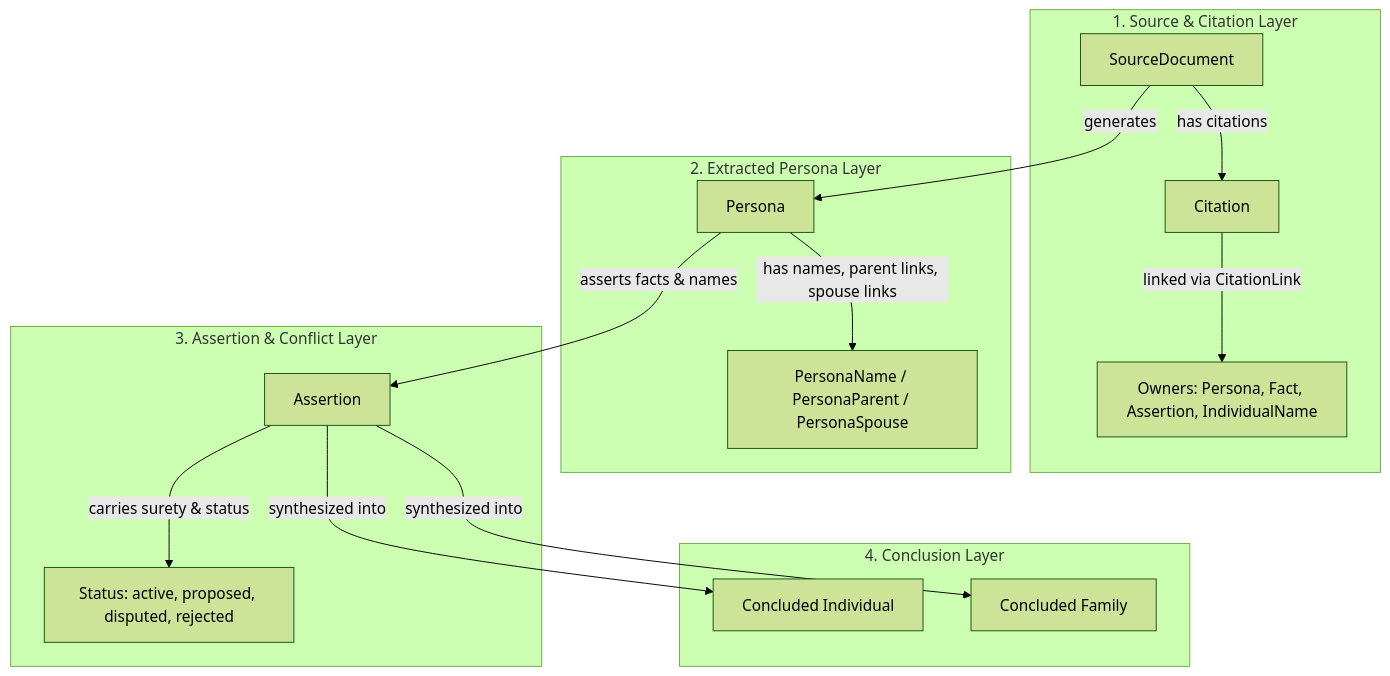
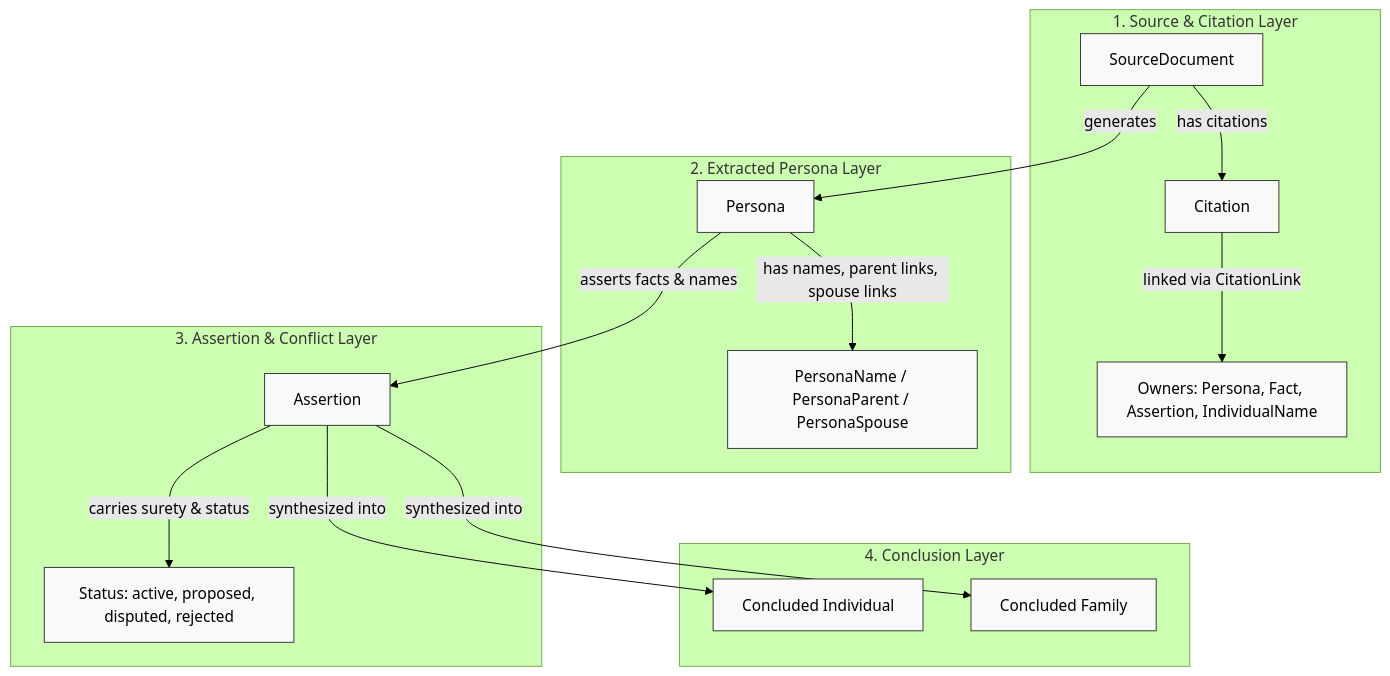
The first of 2 diagrams in openwiki/concepts/evidence-first-philosophy.md (alerum68/Theogony), drawn with Mermaid (forest theme) before and after one commit. The commit also changed other lines of this file and 10 other files, not shown here.

````diff
--- a/openwiki/concepts/evidence-first-philosophy.md
+++ b/openwiki/concepts/evidence-first-philosophy.md
@@ -44,22 +47,23 @@
 ```mermaid
 graph TD
     subgraph Sources ["1. Source & Citation Layer"]
         SD[SourceDocument] -->|has citations| Cit[Citation]
         Cit -->|linked via CitationLink| CL[Owners: Persona, Fact, Assertion, IndividualName]
     end
 
     subgraph Personas ["2. Extracted Persona Layer"]
         SD -->|generates| P[Persona]
         P -->|has names, parent links, spouse links| PN[PersonaName / PersonaParent / PersonaSpouse]
     end
 
     subgraph Assertions ["3. Assertion & Conflict Layer"]
         P -->|asserts facts & names| Ass[Assertion]
         Ass -->|carries surety & status| Status[Status: active, proposed, disputed, rejected]
     end
 
     subgraph Conclusions ["4. Conclusion Layer"]
+    classDef default fill:#f9f9f9,stroke:#333,stroke-width:1px;
         Ass -->|synthesized into| Ind[Concluded Individual]
         Ass -->|synthesized into| Fam[Concluded Family]
     end
 ```
````
